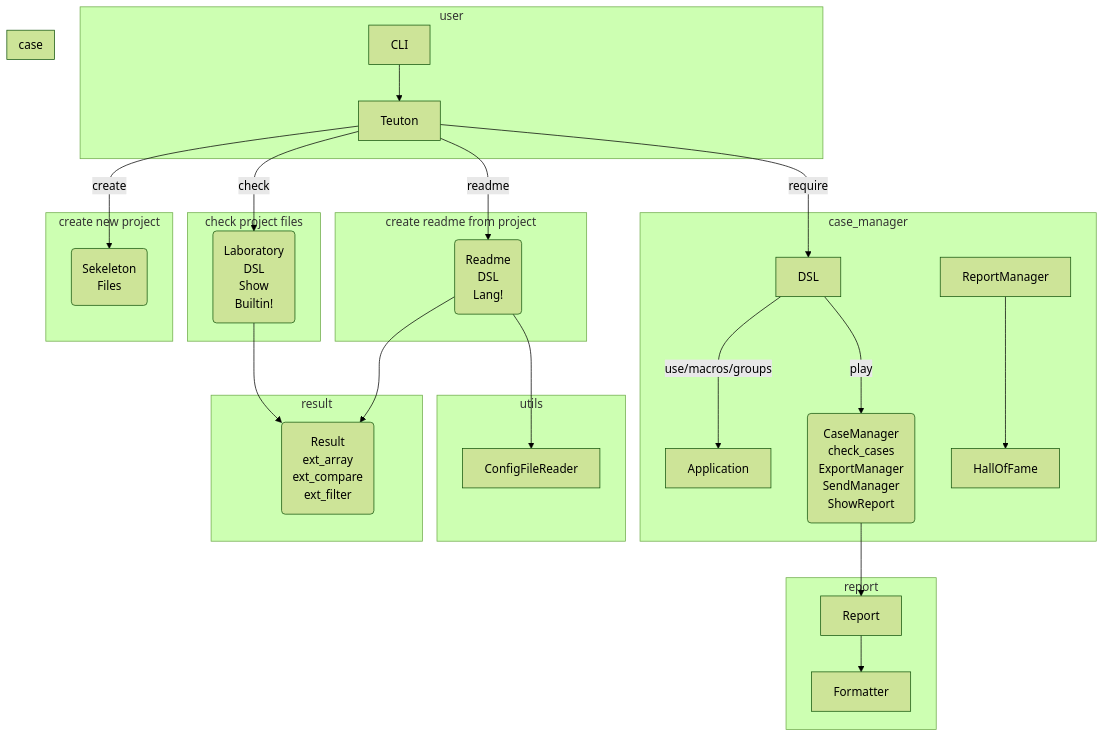
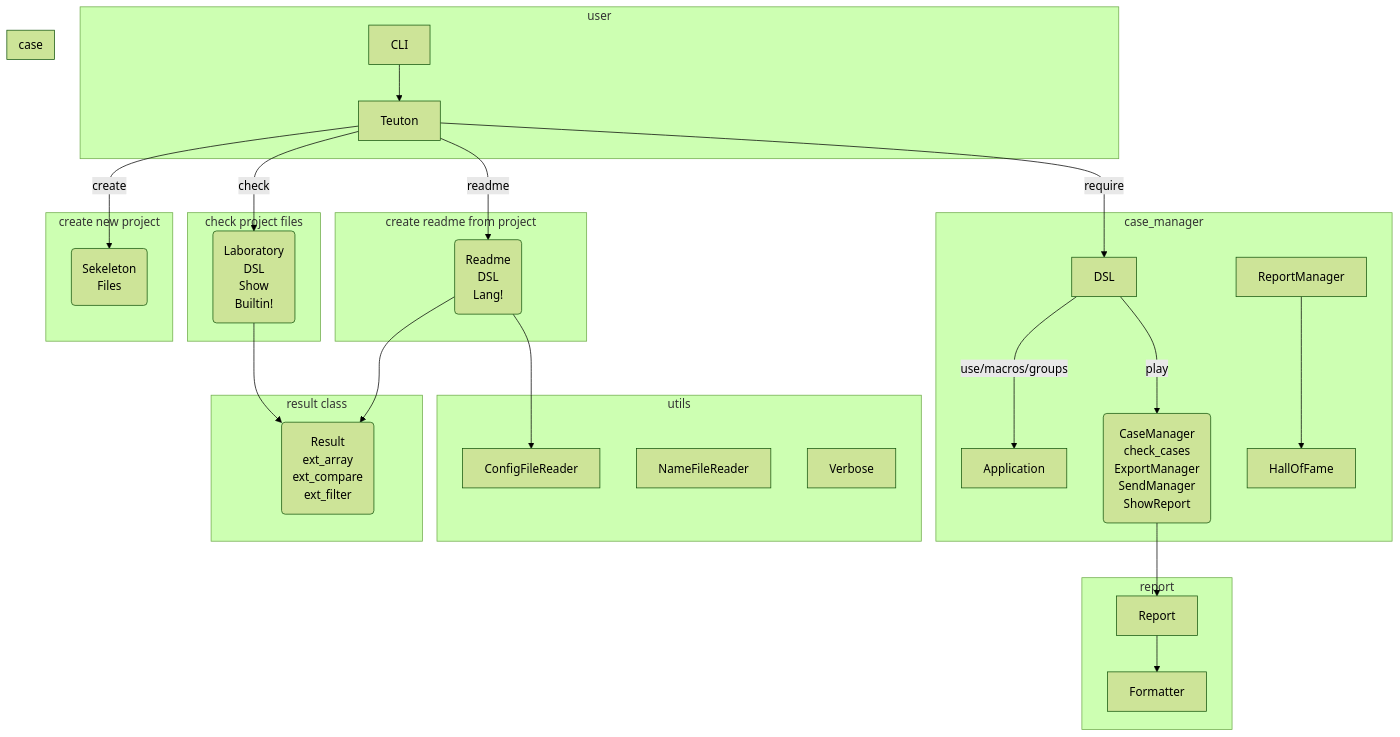
One commit to teuton-software/teuton changed the diagram in docs/diagram.md. Above: the diagram before and after it, drawn with Mermaid (forest theme).

````diff
--- a/docs/diagram.md
+++ b/docs/diagram.md
@@ -5,44 +5,46 @@
 ```mermaid
 flowchart TB
 
 subgraph user
   CLI --> Teuton
 end
 
 subgraph "create new project"
   Teuton -- create --> Skeleton("Sekeleton\nFiles")
 end
 
 subgraph "check project files"
   Teuton -- check --> Laboratory("Laboratory\nDSL\nShow\nBuiltin!")
 end
 
 subgraph "create readme from project"
   Teuton -- readme --> Readme("Readme\nDSL\nLang!")
 end
 
-subgraph result
+subgraph "result class"
   Laboratory --> Result
   Readme --> Result("Result\next_array\next_compare\next_filter")
 end
 
 subgraph utils
   Readme --> ConfigFileReader
+  NameFileReader
+  Verbose
 end
 
 subgraph case_manager
   Teuton -- require --> DSL
   DSL -- use/macros/groups --> Application
   DSL -- play --> CaseManager("CaseManager\ncheck_cases\nExportManager\nSendManager\nShowReport")
   ReportManager --> HallOfFame
 end
 
 subgraph case
   Result("Result\next_array\next_compare\next_filter")
 end
 
 subgraph report
   CaseManager --> Report
   Report --> Formatter
 end
 ```
````
